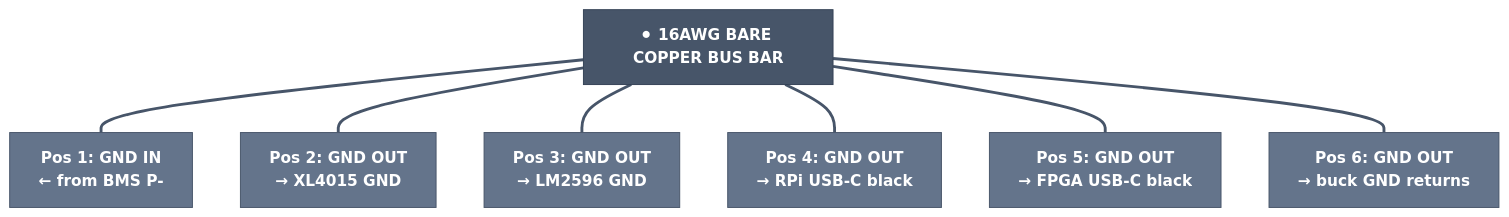
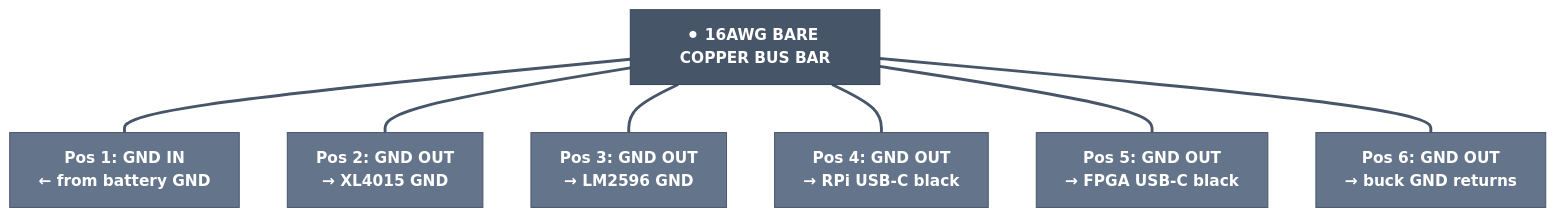
The third of 3 diagrams in control/docs/wiring_power.md (Major-Project-001/VIGIL-RQ), drawn with Mermaid (neutral theme) before and after one commit. The commit also changed other lines of this file and 1 other file, not shown here.

Commit message:
docs: remove external BMS — Dragon packs have internal BMS, simplify power path

````diff
--- a/control/docs/wiring_power.md
+++ b/control/docs/wiring_power.md
@@ -171,23 +160,23 @@
 ```mermaid
 graph TD
     classDef gndpos fill:#64748b,stroke:#475569,color:#fff,font-weight:bold
     classDef busbar fill:#475569,stroke:#334155,color:#fff,font-weight:bold
 
     BUS["⚫ 16AWG BARE COPPER BUS BAR"]:::busbar
 
-    G1["Pos 1: GND IN\n← from BMS P-"]:::gndpos
+    G1["Pos 1: GND IN\n← from battery GND"]:::gndpos
     G2["Pos 2: GND OUT\n→ XL4015 GND"]:::gndpos
     G3["Pos 3: GND OUT\n→ LM2596 GND"]:::gndpos
     G4["Pos 4: GND OUT\n→ RPi USB-C black"]:::gndpos
     G5["Pos 5: GND OUT\n→ FPGA USB-C black"]:::gndpos
     G6["Pos 6: GND OUT\n→ buck GND returns"]:::gndpos
 
     BUS --- G1
     BUS --- G2
     BUS --- G3
     BUS --- G4
     BUS --- G5
     BUS --- G6
 
     linkStyle 0,1,2,3,4,5 stroke:#475569,stroke-width:3px
 ```
````
